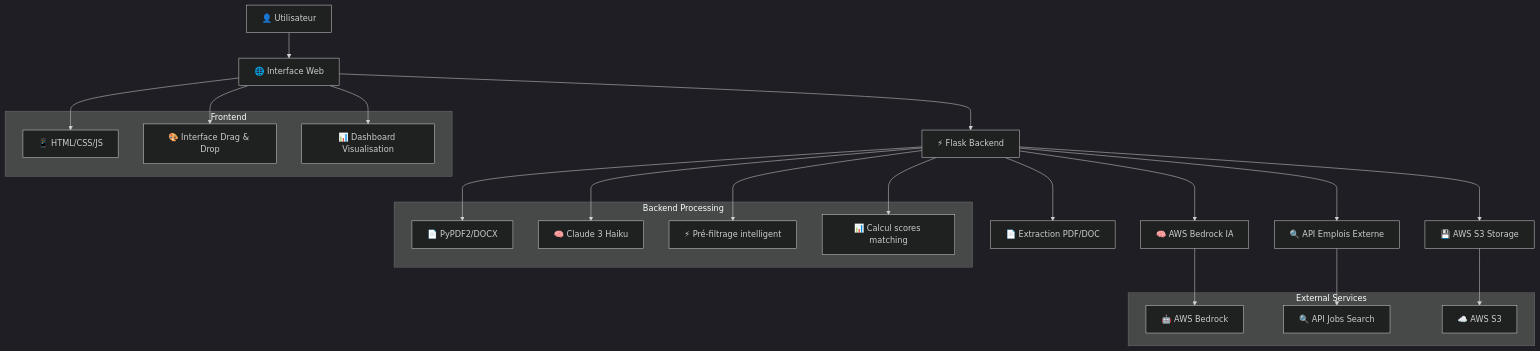
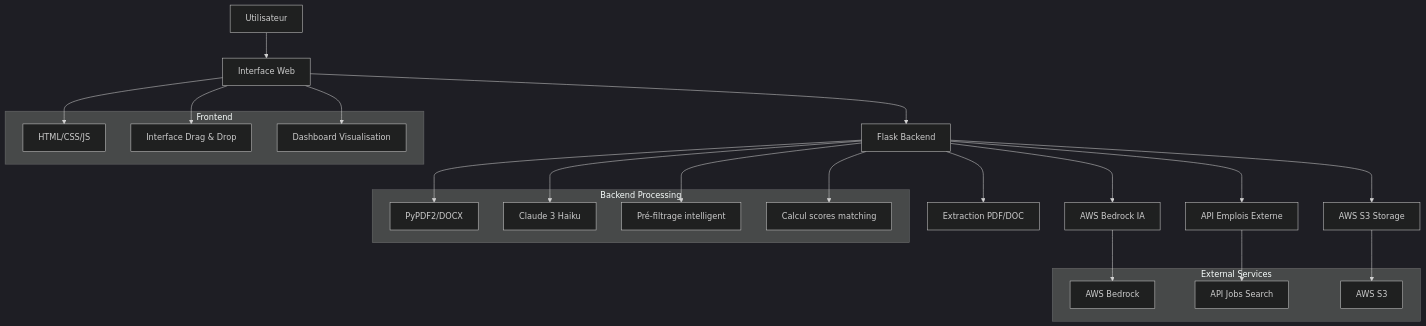
Before and after one commit to brayedna/CV-AI-Job-Matcher: the first of 3 diagrams in README.md, drawn with Mermaid (dark theme).

````diff
--- a/README.md
+++ b/README.md
@@ -41,41 +41,41 @@
 ```mermaid
 graph TB
-    A[👤 Utilisateur] --> B[🌐 Interface Web]
-    B --> C[⚡ Flask Backend]
-    C --> D[📄 Extraction PDF/DOC]
-    C --> E[🧠 AWS Bedrock IA]
-    C --> F[🔍 API Emplois Externe]
-    C --> G[💾 AWS S3 Storage]
+    A[ Utilisateur] --> B[ Interface Web]
+    B --> C[Flask Backend]
+    C --> D[Extraction PDF/DOC]
+    C --> E[AWS Bedrock IA]
+    C --> F[API Emplois Externe]
+    C --> G[AWS S3 Storage]
     
     subgraph "Frontend"
-        B1[📱 HTML/CSS/JS]
-        B2[🎨 Interface Drag & Drop]
-        B3[📊 Dashboard Visualisation]
+        B1[HTML/CSS/JS]
+        B2[Interface Drag & Drop]
+        B3[Dashboard Visualisation]
     end
     
     subgraph "Backend Processing"
-        C1[📄 PyPDF2/DOCX]
-        C2[🧠 Claude 3 Haiku]
-        C3[⚡ Pré-filtrage intelligent]
-        C4[📊 Calcul scores matching]
+        C1[PyPDF2/DOCX]
+        C2[Claude 3 Haiku]
+        C3[Pré-filtrage intelligent]
+        C4[Calcul scores matching]
     end
     
     subgraph "External Services"
-        E1[🤖 AWS Bedrock]
-        F1[🔍 API Jobs Search]
-        G1[☁️ AWS S3]
+        E1[AWS Bedrock]
+        F1[API Jobs Search]
+        G1[AWS S3]
     end
     
     B --> B1
     B --> B2
     B --> B3
     
     C --> C1
     C --> C2
     C --> C3
     C --> C4
     
     E --> E1
     F --> F1
     G --> G1
 ```
````
